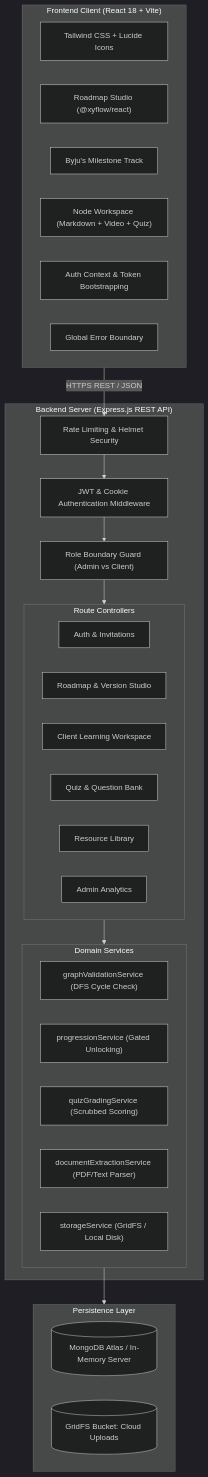
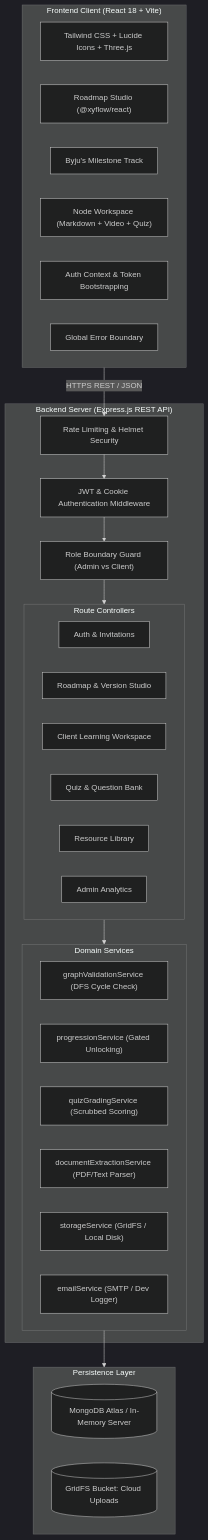
Before and after one commit to thekrishmellow/mernfinalproject: the second of 3 diagrams in README.md, drawn with Mermaid (dark theme). The commit also changed other lines of this file, not shown here.

Commit message:
docs: complete technical audit of README against codebase and update API, ERD, and env tables

````diff
--- a/README.md
+++ b/README.md
@@ -151,46 +157,47 @@
 ```mermaid
 graph TB
     subgraph ClientLayer["Frontend Client (React 18 + Vite)"]
-        UI["Tailwind CSS + Lucide Icons"]
+        UI["Tailwind CSS + Lucide Icons + Three.js"]
         Canvas["Roadmap Studio (@xyflow/react)"]
         Trail["Byju's Milestone Track"]
         Workspace["Node Workspace (Markdown + Video + Quiz)"]
         AuthContext["Auth Context & Token Bootstrapping"]
         ErrorBoundary["Global Error Boundary"]
     end
 
     subgraph APILayer["Backend Server (Express.js REST API)"]
         RateLimit["Rate Limiting & Helmet Security"]
         AuthMiddleware["JWT & Cookie Authentication Middleware"]
         RoleGuard["Role Boundary Guard (Admin vs Client)"]
         
         subgraph Controllers["Route Controllers"]
             AuthCtrl["Auth & Invitations"]
             RoadmapCtrl["Roadmap & Version Studio"]
             ClientCtrl["Client Learning Workspace"]
             QuizCtrl["Quiz & Question Bank"]
             ResourceCtrl["Resource Library"]
             AnalyticsCtrl["Admin Analytics"]
         end
 
         subgraph CoreServices["Domain Services"]
             GraphVal["graphValidationService (DFS Cycle Check)"]
             ProgEngine["progressionService (Gated Unlocking)"]
             QuizEngine["quizGradingService (Scrubbed Scoring)"]
             DocExtract["documentExtractionService (PDF/Text Parser)"]
             Storage["storageService (GridFS / Local Disk)"]
+            EmailServ["emailService (SMTP / Dev Logger)"]
         end
     end
 
     subgraph DataLayer["Persistence Layer"]
         Atlas[("MongoDB Atlas / In-Memory Server")]
         GridFS[("GridFS Bucket: Cloud Uploads")]
     end
 
     ClientLayer -->|HTTPS REST / JSON| RateLimit
     RateLimit --> AuthMiddleware
     AuthMiddleware --> RoleGuard
     RoleGuard --> Controllers
     Controllers --> CoreServices
     CoreServices --> DataLayer
 ```
````
